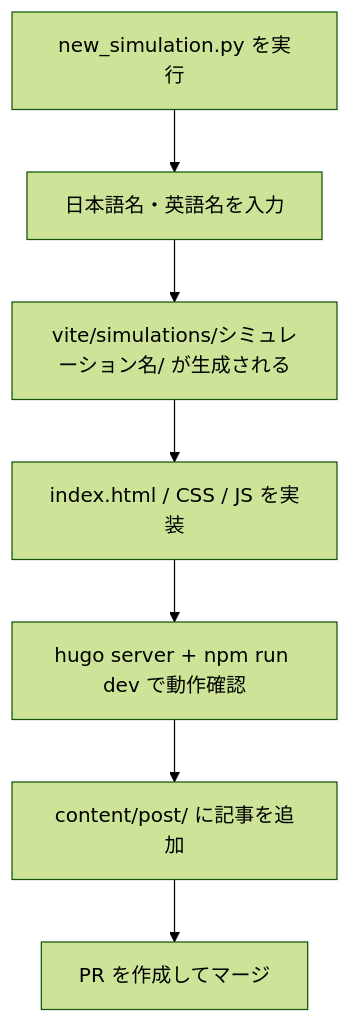
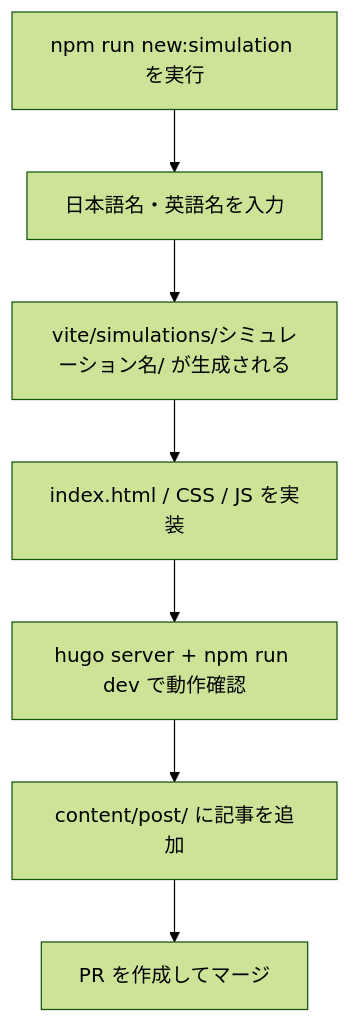
One commit to Bicpema/bicpema changed the diagram in docs/docs/simulation/index.md. Above: the diagram before and after it, drawn with Mermaid (forest theme). The commit also changed other lines of this file and 8 other files, not shown here.

````diff
--- a/docs/docs/simulation/index.md
+++ b/docs/docs/simulation/index.md
@@ -5,9 +5,9 @@
 ```mermaid
 flowchart TD
-  A[new_simulation.py を実行] --> B[日本語名・英語名を入力]
+  A[npm run new:simulation を実行] --> B[日本語名・英語名を入力]
   B --> C[vite/simulations/シミュレーション名/ が生成される]
   C --> D[index.html / CSS / JS を実装]
   D --> E[hugo server + npm run dev で動作確認]
   E --> F[content/post/ に記事を追加]
   F --> G[PR を作成してマージ]
 ```
````
